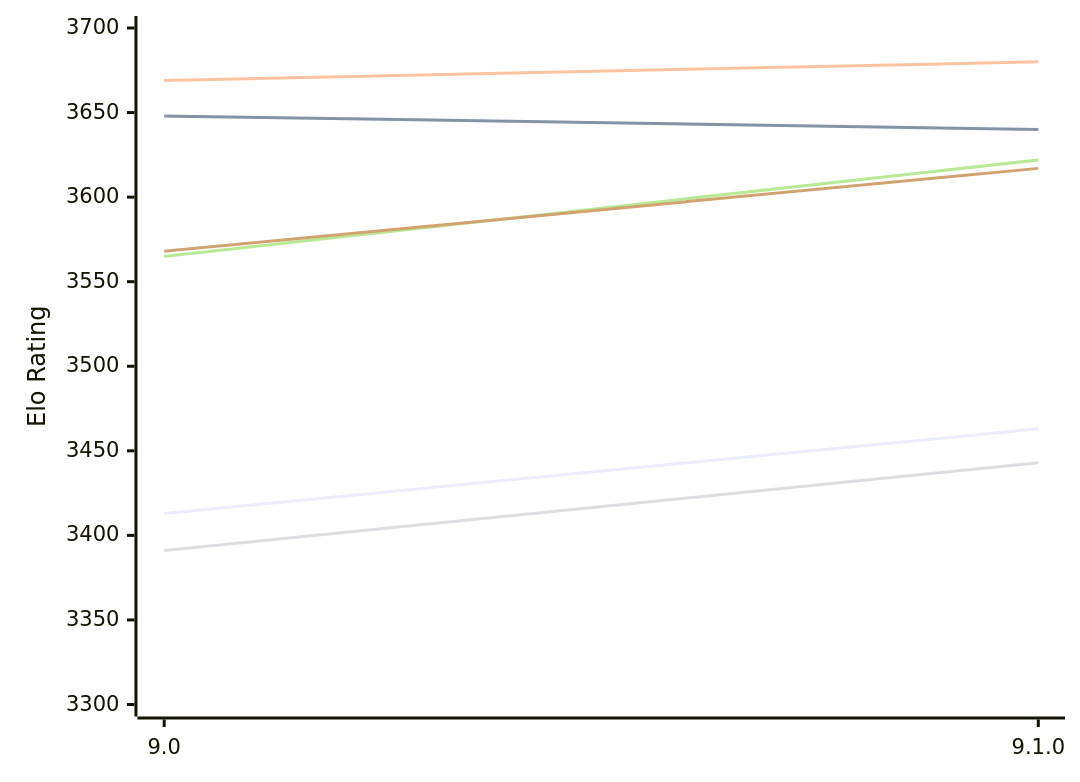
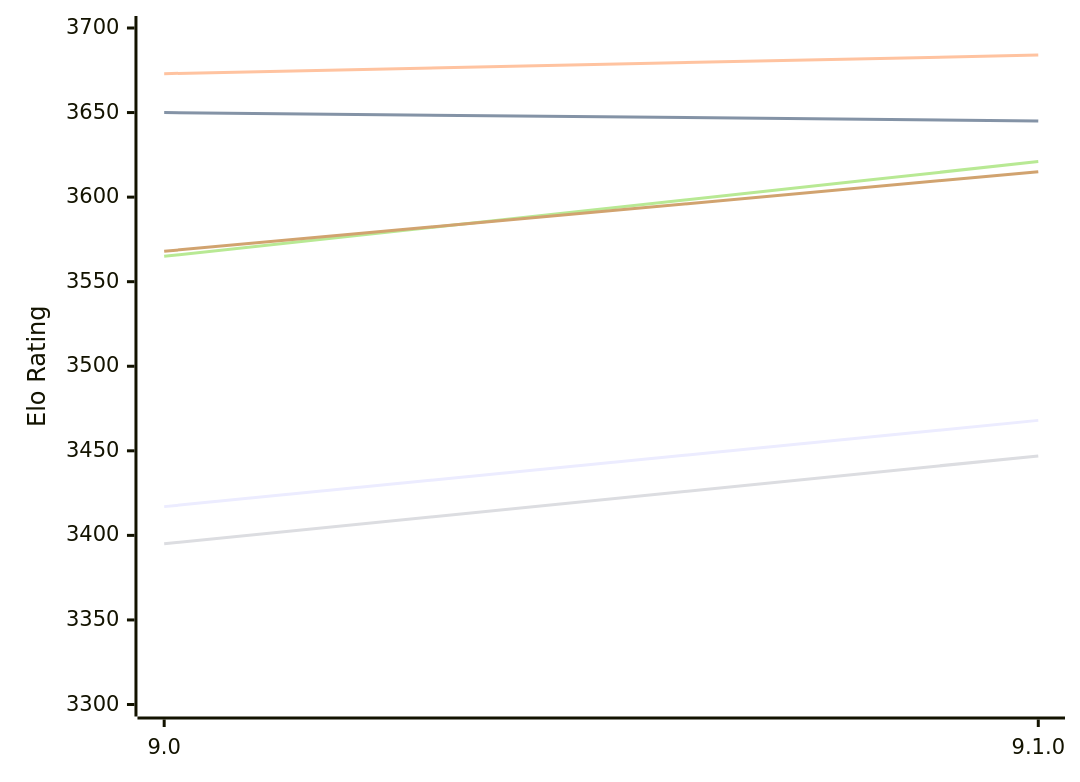
The first of 2 diagrams in engines/Alexandria.md (computer-chess-index/cci), drawn with Mermaid before and after one commit. The commit also changed other lines of this file, not shown here.

Commit message:
Update CCI Ratings (ELO VLTC) - 2026-11-20

````diff
--- a/engines/Alexandria.md
+++ b/engines/Alexandria.md
@@ -54,12 +54,12 @@
 ```mermaid
 %%{init: {"theme":"base","themeVariables":{"seriesColors:['#a3a3a3','#222221','#faa371']}}}%%
 xychart-beta
   x-axis ["9.0", "9.1.0"]
   y-axis "Elo Rating" 3300 --> 3700
-  line "E1: STC (8.0+0.08s)" [3413, 3463]
-  line "E1: LTC (60.0+0.60s)" [3648, 3640]
-  line "E1: VLTC (2m24s+1.12s)" [3669, 3680]
-  line "P1: STC (8.0+0.08s)" [3391, 3443]
-  line "P1: LTC (60.0+0.60s)" [3565, 3622]
-  line "P1: VLTC (2m24s+1.12s)" [3568, 3617]
+  line "E1: STC (8.0+0.08s)" [3417, 3468]
+  line "E1: LTC (60.0+0.60s)" [3650, 3645]
+  line "E1: VLTC (2m24s+1.12s)" [3673, 3684]
+  line "P1: STC (8.0+0.08s)" [3395, 3447]
+  line "P1: LTC (60.0+0.60s)" [3565, 3621]
+  line "P1: VLTC (2m24s+1.12s)" [3568, 3615]
 ```
````
